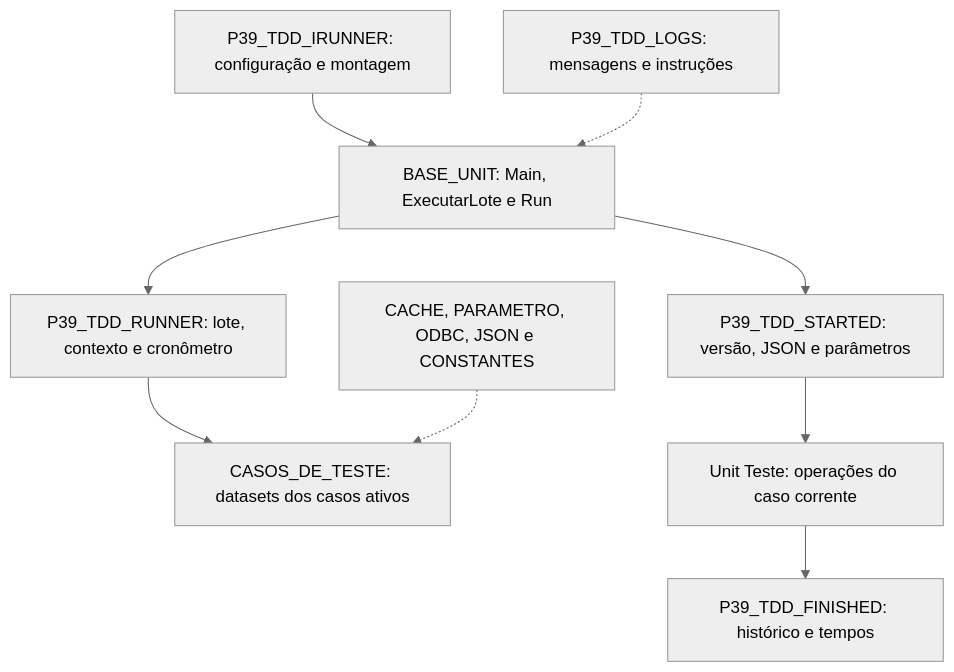
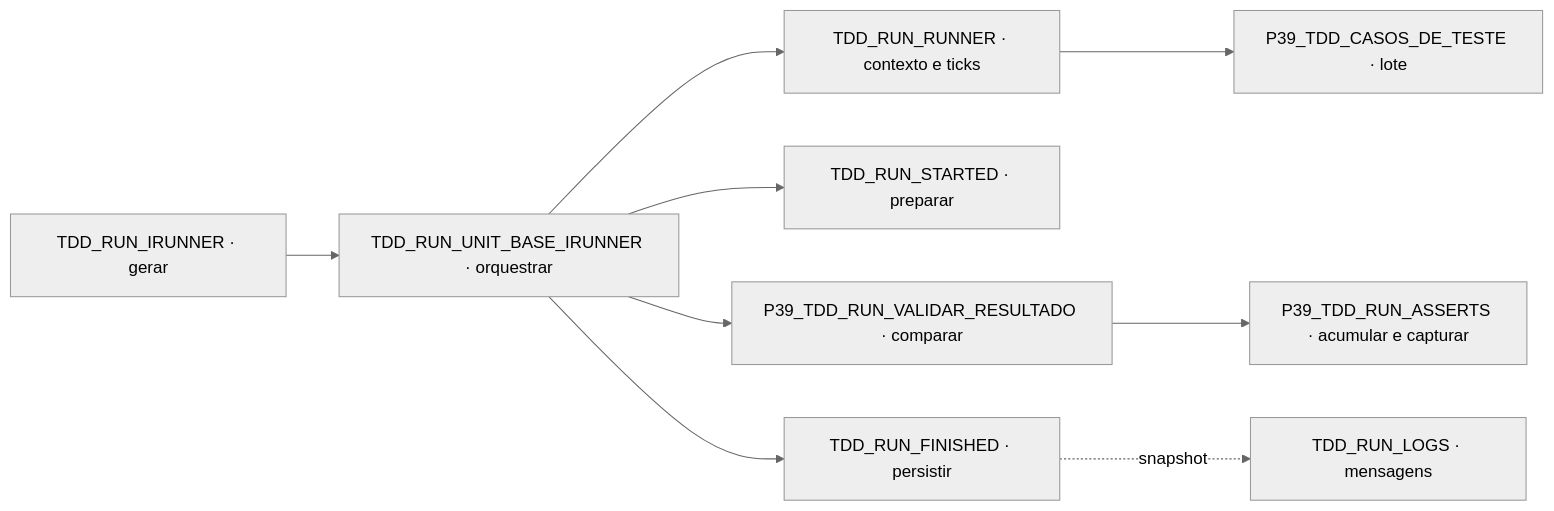
One commit to ModulosTestesAutomatizados/TestesAutomatizadosERP changed the diagram in docs/MAPEAMENTO_AST_USES_UNITS/runner/responsabilidades.md. Above: the diagram before and after it, drawn with Mermaid (neutral theme). The commit also changed other lines of this file and 33 other files, not shown here.

````diff
--- a/docs/MAPEAMENTO_AST_USES_UNITS/runner/responsabilidades.md
+++ b/docs/MAPEAMENTO_AST_USES_UNITS/runner/responsabilidades.md
@@ -5,11 +3,11 @@
 ```mermaid
-flowchart TD
-  IRunner["P39_TDD_IRUNNER: configuração e montagem"] --> Base["BASE_UNIT: Main, ExecutarLote e Run"]
-  Base --> Runner["P39_TDD_RUNNER: lote, contexto e cronômetro"]
-  Runner --> Casos["CASOS_DE_TESTE: datasets dos casos ativos"]
-  Base --> Started["P39_TDD_STARTED: versão, JSON e parâmetros"]
-  Started --> Teste["Unit Teste: operações do caso corrente"]
-  Teste --> Finished["P39_TDD_FINISHED: histórico e tempos"]
-  Logs["P39_TDD_LOGS: mensagens e instruções"] -.-> Base
-  Apoio["CACHE, PARAMETRO, ODBC, JSON e CONSTANTES"] -.-> Casos
+flowchart LR
+ TDD_RUN_IRUNNER["TDD_RUN_IRUNNER · gerar"] --> TDD_RUN_UNIT_BASE_IRUNNER["TDD_RUN_UNIT_BASE_IRUNNER · orquestrar"]
+ TDD_RUN_UNIT_BASE_IRUNNER --> TDD_RUN_RUNNER["TDD_RUN_RUNNER · contexto e ticks"]
+ TDD_RUN_UNIT_BASE_IRUNNER --> TDD_RUN_STARTED["TDD_RUN_STARTED · preparar"]
+ TDD_RUN_UNIT_BASE_IRUNNER --> P39_TDD_RUN_VALIDAR_RESULTADO["P39_TDD_RUN_VALIDAR_RESULTADO · comparar"]
+ P39_TDD_RUN_VALIDAR_RESULTADO --> P39_TDD_RUN_ASSERTS["P39_TDD_RUN_ASSERTS · acumular e capturar"]
+ TDD_RUN_UNIT_BASE_IRUNNER --> TDD_RUN_FINISHED["TDD_RUN_FINISHED · persistir"]
+ TDD_RUN_FINISHED -. "snapshot" .-> TDD_RUN_LOGS["TDD_RUN_LOGS · mensagens"]
+ TDD_RUN_RUNNER --> P39_TDD_CASOS_DE_TESTE["P39_TDD_CASOS_DE_TESTE · lote"]
 ```
````
